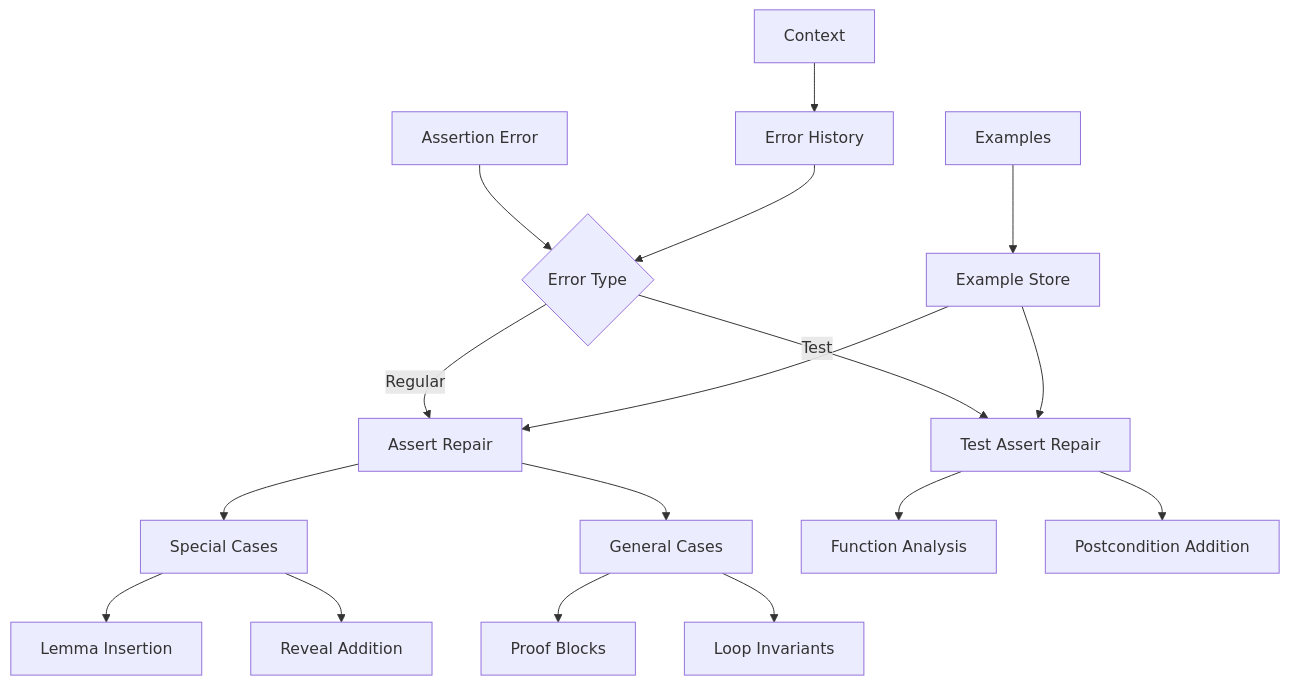
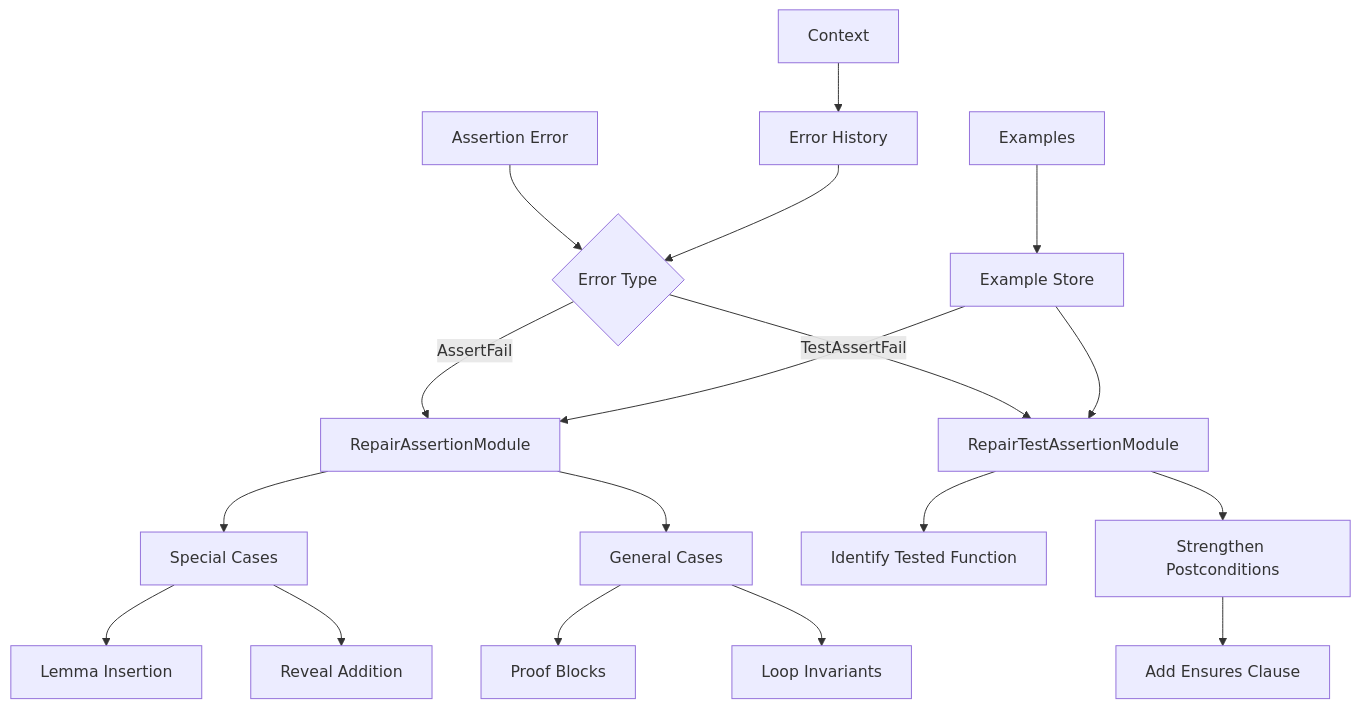
Before and after one commit to ChuyueSun/VeriStruct: the first of 2 diagrams in documentation/technical/modules/repairs/assertion.md, drawn with Mermaid. The commit also changed other lines of this file and 1 other file, not shown here.

First line of the commit message:
Refactor: Clean up assertion repair module separation

````diff
--- a/documentation/technical/modules/repairs/assertion.md
+++ b/documentation/technical/modules/repairs/assertion.md
@@ -9,25 +14,26 @@
 ```mermaid
 graph TD
     A[Assertion Error] --> B{Error Type}
-    B -->|Regular| C[Assert Repair]
-    B -->|Test| D[Test Assert Repair]
+    B -->|AssertFail| C[RepairAssertionModule]
+    B -->|TestAssertFail| D[RepairTestAssertionModule]
 
     C --> E[Special Cases]
     C --> F[General Cases]
 
     E --> G[Lemma Insertion]
     E --> H[Reveal Addition]
 
     F --> I[Proof Blocks]
     F --> J[Loop Invariants]
 
-    D --> K[Function Analysis]
-    D --> L[Postcondition Addition]
+    D --> K[Identify Tested Function]
+    D --> L[Strengthen Postconditions]
+    L --> M[Add Ensures Clause]
 
-    M[Context] --> N[Error History]
-    N --> B
+    N[Context] --> O[Error History]
+    O --> B
 
-    O[Examples] --> P[Example Store]
-    P --> C
-    P --> D
+    P[Examples] --> Q[Example Store]
+    Q --> C
+    Q --> D
 ```
````
